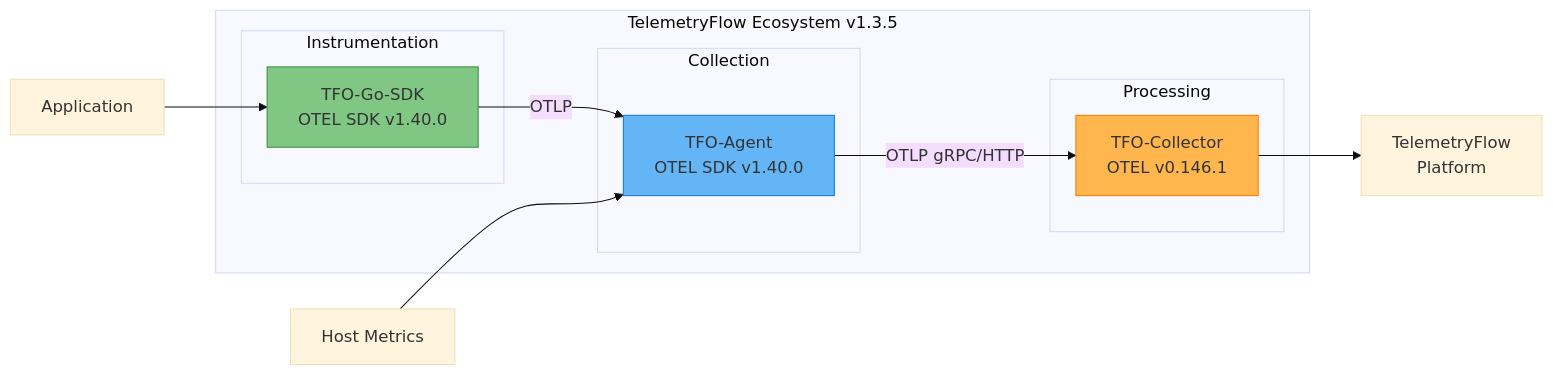
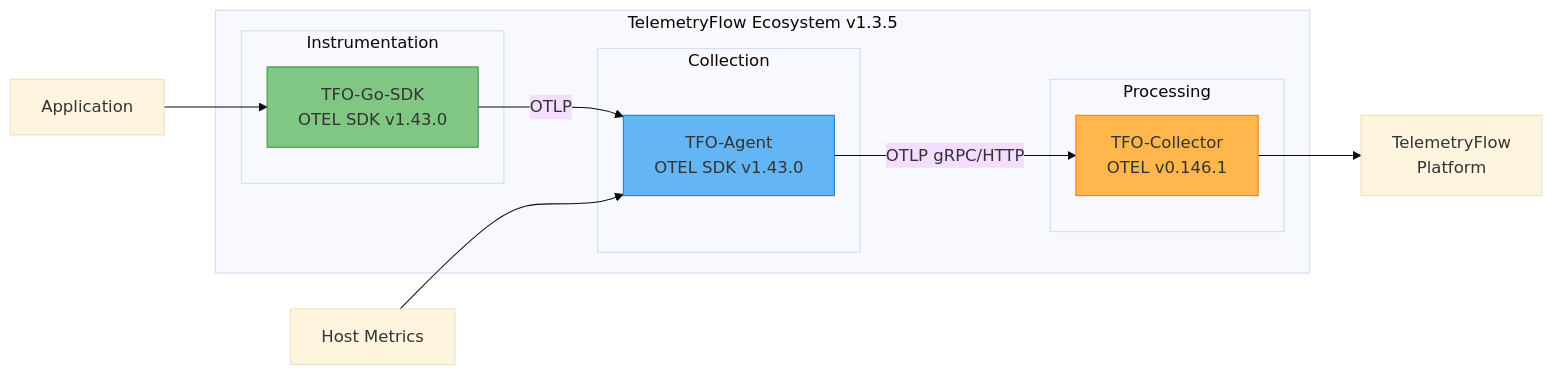
One commit to telemetryflow/telemetryflow-agent changed the diagram in README.md. Above: the diagram before and after it, drawn with Mermaid (base theme). The commit also changed other lines of this file and 246 other files, not shown here.

Commit message:
feat: Update TFO-Agent collector for DB Monitoring

````diff
--- a/README.md
+++ b/README.md
@@ -33,26 +33,26 @@
 ```mermaid
 graph LR
     subgraph "TelemetryFlow Ecosystem v1.3.5"
         subgraph "Instrumentation"
-            SDK[TFO-Go-SDK<br/>OTEL SDK v1.40.0]
+            SDK[TFO-Go-SDK<br/>OTEL SDK v1.43.0]
         end
 
         subgraph "Collection"
-            AGENT[TFO-Agent<br/>OTEL SDK v1.40.0]
+            AGENT[TFO-Agent<br/>OTEL SDK v1.43.0]
         end
 
         subgraph "Processing"
             COLLECTOR[TFO-Collector<br/>OTEL v0.146.1]
         end
     end
 
     APP[Application] --> SDK
     SDK -->|OTLP| AGENT
     HOST[Host Metrics] --> AGENT
     AGENT -->|OTLP gRPC/HTTP| COLLECTOR
     COLLECTOR --> BACKEND[TelemetryFlow<br/>Platform]
 
     style SDK fill:#81C784,stroke:#388E3C
     style AGENT fill:#64B5F6,stroke:#1976D2
     style COLLECTOR fill:#FFB74D,stroke:#F57C00
 ```
````
